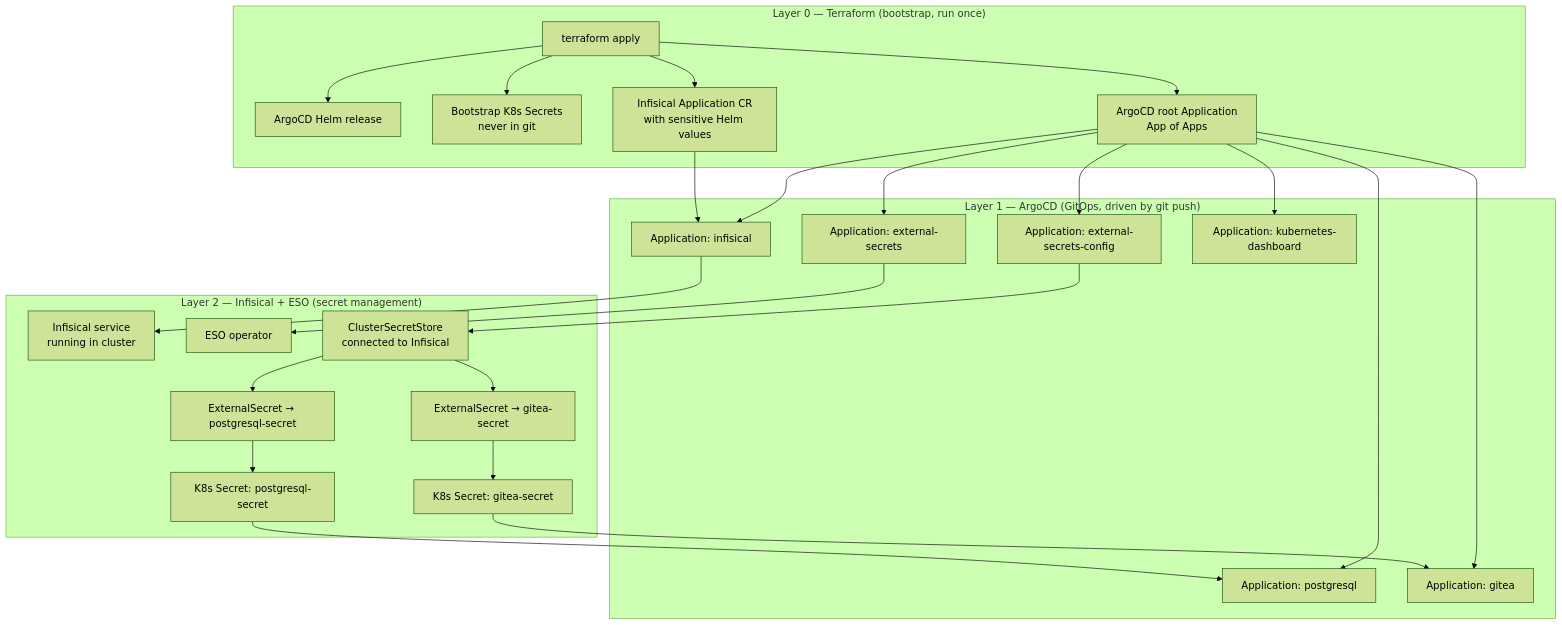
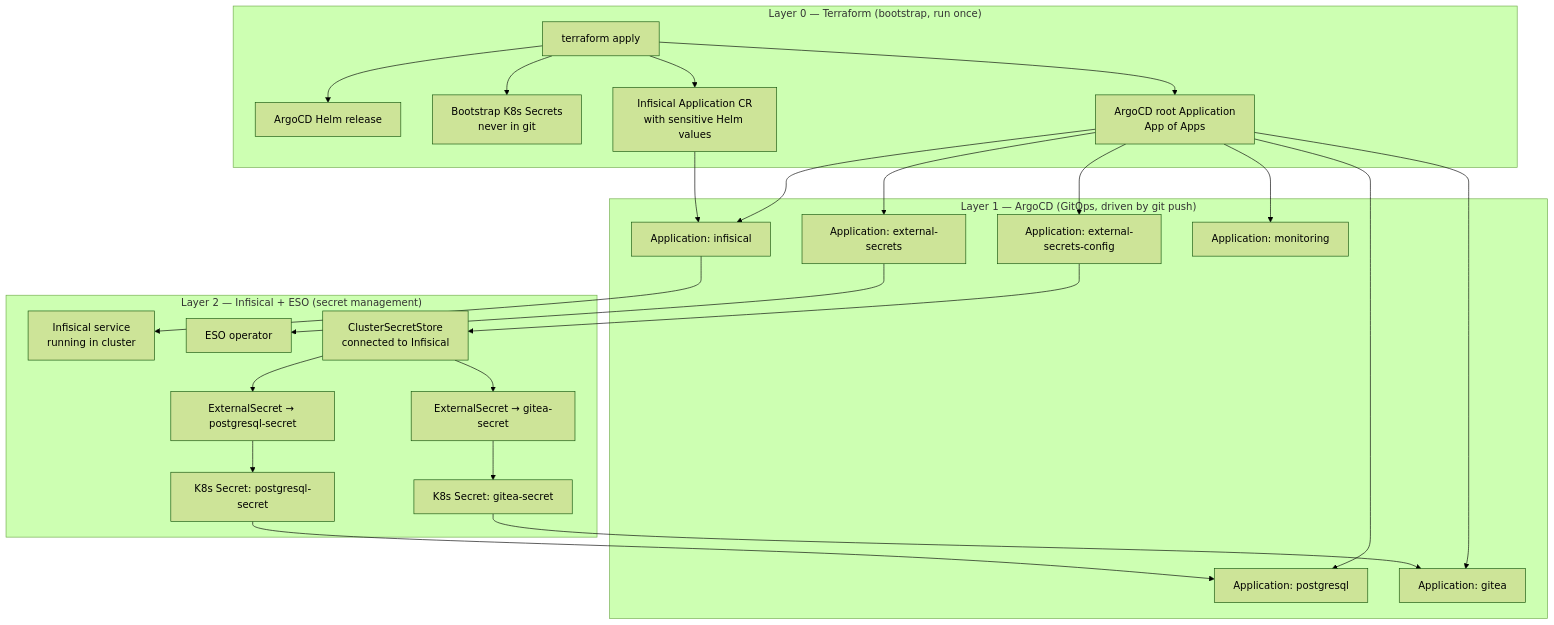
The first of 4 diagrams in docs/architecture.md (haingth77/homelab), drawn with Mermaid (forest theme) before and after one commit. The commit also changed other lines of this file and 6 other files, not shown here.

First line of the commit message:
docs: update all references from kubernetes-dashboard to monitoring

````diff
--- a/docs/architecture.md
+++ b/docs/architecture.md
@@ -9,33 +9,33 @@
 ```mermaid
 flowchart TD
     subgraph layer0["Layer 0 — Terraform (bootstrap, run once)"]
         TF["terraform apply"]
         TF --> A["ArgoCD Helm release"]
         TF --> B["Bootstrap K8s Secrets\nnever in git"]
         TF --> C["ArgoCD root Application\nApp of Apps"]
         TF --> D["Infisical Application CR\nwith sensitive Helm values"]
     end
 
     subgraph layer1["Layer 1 — ArgoCD (GitOps, driven by git push)"]
         C --> E["Application: infisical"]
         C --> F["Application: external-secrets"]
         C --> G["Application: external-secrets-config"]
         C --> H["Application: postgresql"]
         C --> I["Application: gitea"]
-        C --> J["Application: kubernetes-dashboard"]
+        C --> J["Application: monitoring"]
         D --> E
     end
 
     subgraph layer2["Layer 2 — Infisical + ESO (secret management)"]
         E --> InfisicalSvc["Infisical service\nrunning in cluster"]
         F --> ESOOperator["ESO operator"]
         G --> CSS["ClusterSecretStore\nconnected to Infisical"]
         CSS --> ES1["ExternalSecret → postgresql-secret"]
         CSS --> ES2["ExternalSecret → gitea-secret"]
         ES1 --> K8sSecret1["K8s Secret: postgresql-secret"]
         ES2 --> K8sSecret2["K8s Secret: gitea-secret"]
     end
 
     K8sSecret1 --> H
     K8sSecret2 --> I
 ```
````
